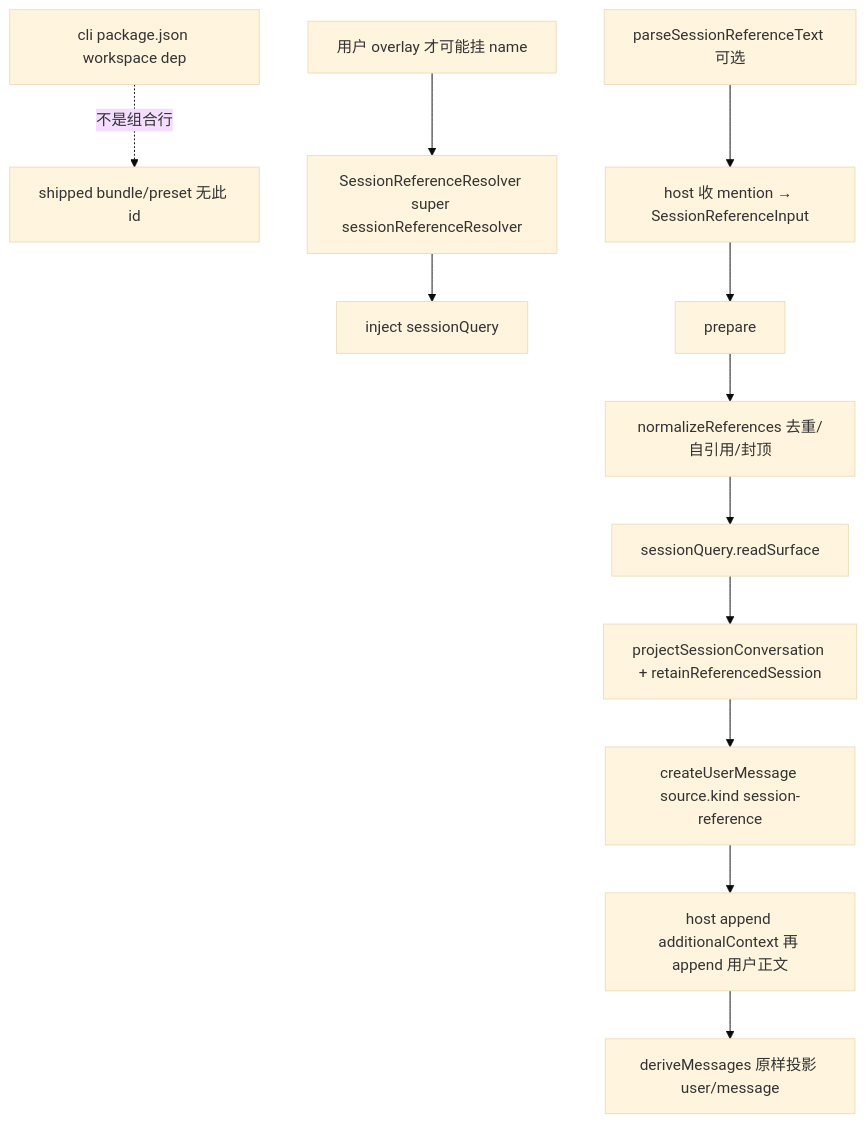
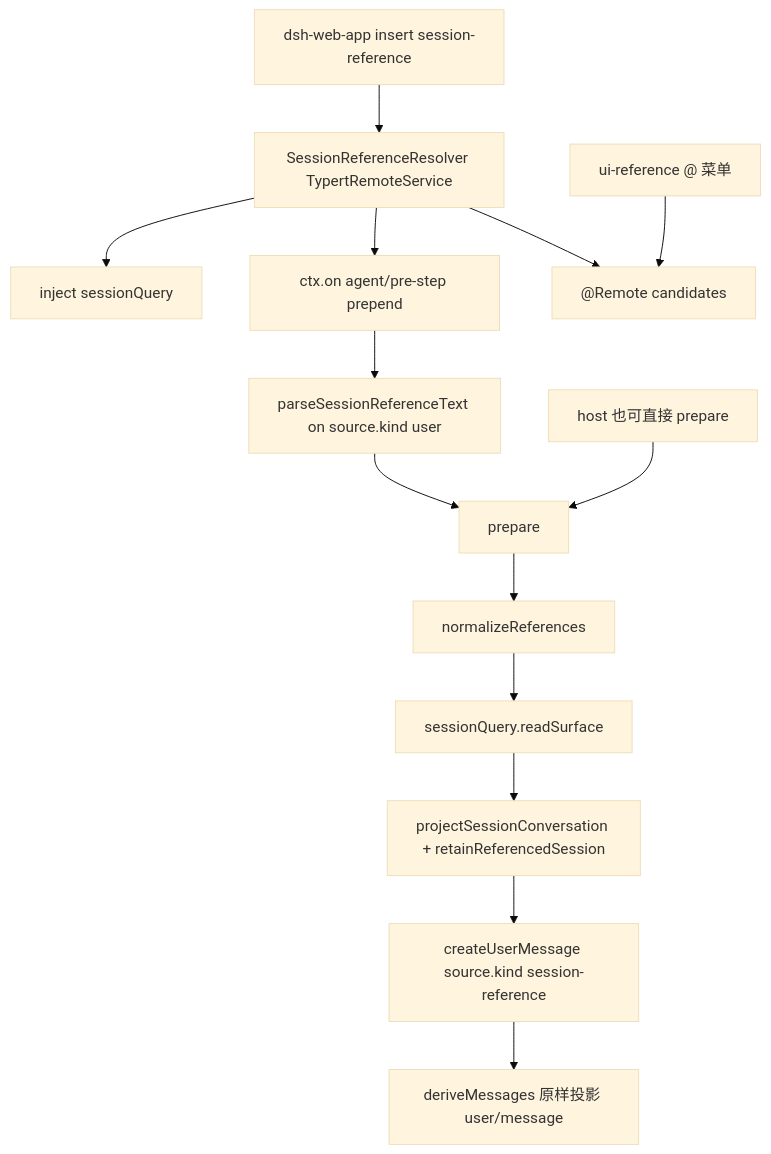
Before and after one commit to wdnmdtonyma/SOTA-Agent-LLM-Wiki: the diagram in docs/llm-wiki/deepseek-harness/subsystems/context/session-reference.md, drawn with Mermaid (base theme). The commit also changed other lines of this file and 217 other files, not shown here.

````diff
--- a/docs/llm-wiki/deepseek-harness/subsystems/context/session-reference.md
+++ b/docs/llm-wiki/deepseek-harness/subsystems/context/session-reference.md
@@ -131,14 +134,16 @@
 ```mermaid
 flowchart TD
-  Dep["cli package.json workspace dep"] -.->|"不是组合行"| Absent["shipped bundle/preset 无此 id"]
-  Overlay["用户 overlay 才可能挂 name"] --> Ctor["SessionReferenceResolver super sessionReferenceResolver"]
+  Web["dsh-web-app insert session-reference"] --> Ctor["SessionReferenceResolver TypertRemoteService"]
   Ctor --> SQ["inject sessionQuery"]
-  Host["host 收 mention → SessionReferenceInput"] --> Prepare["prepare"]
-  Parse["parseSessionReferenceText 可选"] --> Host
-  Prepare --> Norm["normalizeReferences 去重/自引用/封顶"]
+  Ctor --> Pre["ctx.on agent/pre-step prepend"]
+  Ctor --> Remote["@Remote candidates"]
+  UI["ui-reference @ 菜单"] --> Remote
+  Pre --> Parse["parseSessionReferenceText on source.kind user"]
+  Parse --> Prepare["prepare"]
+  Host["host 也可直接 prepare"] --> Prepare
+  Prepare --> Norm["normalizeReferences"]
   Norm --> Read["sessionQuery.readSurface"]
   Read --> Proj["projectSessionConversation + retainReferencedSession"]
   Proj --> Msg["createUserMessage source.kind session-reference"]
-  Msg --> Append["host append additionalContext 再 append 用户正文"]
-  Append --> Derive["deriveMessages 原样投影 user/message"]
+  Msg --> Derive["deriveMessages 原样投影 user/message"]
 ```
````
